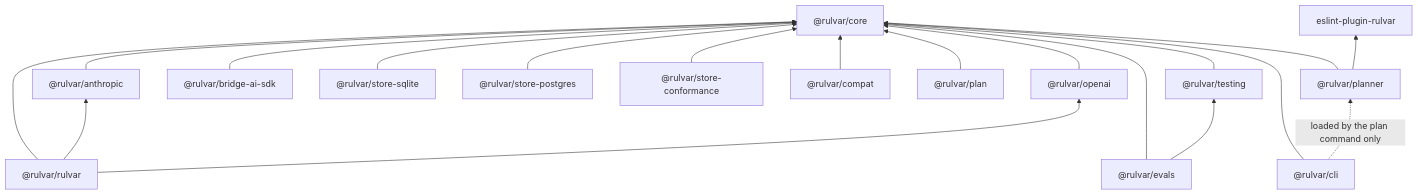
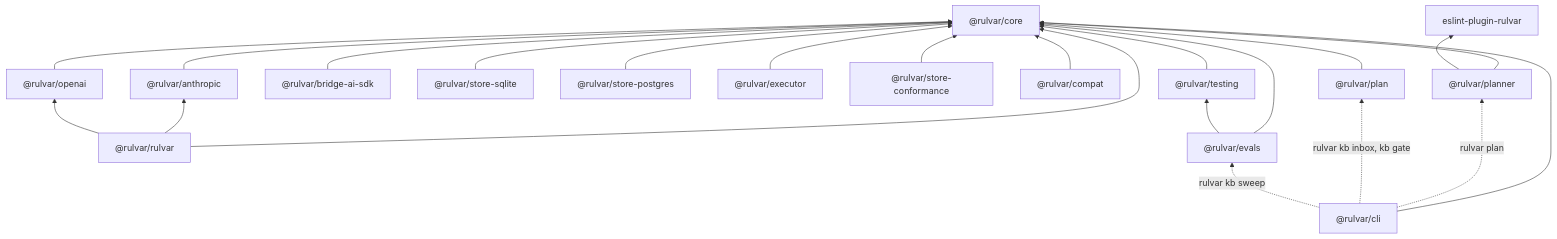
The second of 2 diagrams in docs/guide/architecture.md (o-stepper/rulvar), drawn with Mermaid before and after one commit. The commit also changed other lines of this file and 27 other files, not shown here.

````diff
--- a/docs/guide/architecture.md
+++ b/docs/guide/architecture.md
@@ -198,22 +199,25 @@
 ```mermaid
 flowchart BT
     core["@rulvar/core"]
     umbrella["@rulvar/rulvar"] --> core
     umbrella --> anthropic["@rulvar/anthropic"]
     umbrella --> openai["@rulvar/openai"]
     anthropic --> core
     openai --> core
     bridge["@rulvar/bridge-ai-sdk"] --> core
     sqlite["@rulvar/store-sqlite"] --> core
     postgres["@rulvar/store-postgres"] --> core
+    executor["@rulvar/executor"] --> core
     conform["@rulvar/store-conformance"] --> core
     compat["@rulvar/compat"] --> core
     plan["@rulvar/plan"] --> core
     planner["@rulvar/planner"] --> core
     planner --> eslint["eslint-plugin-rulvar"]
     testing["@rulvar/testing"] --> core
     evals["@rulvar/evals"] --> core
     evals --> testing
     cli["@rulvar/cli"] --> core
-    cli -. loaded by the plan command only .-> planner
+    cli -. rulvar plan .-> planner
+    cli -. rulvar kb inbox, kb gate .-> plan
+    cli -. rulvar kb sweep .-> evals
 ```
````
